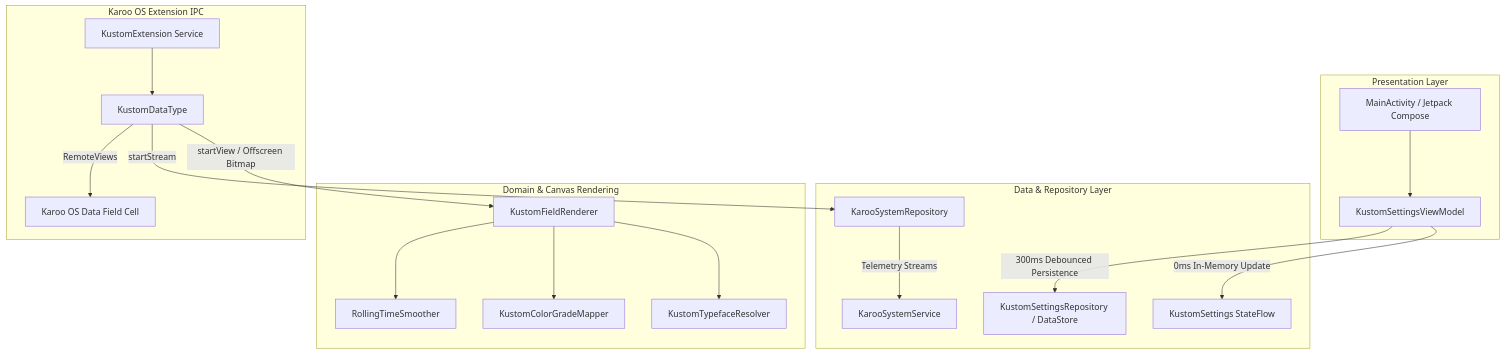
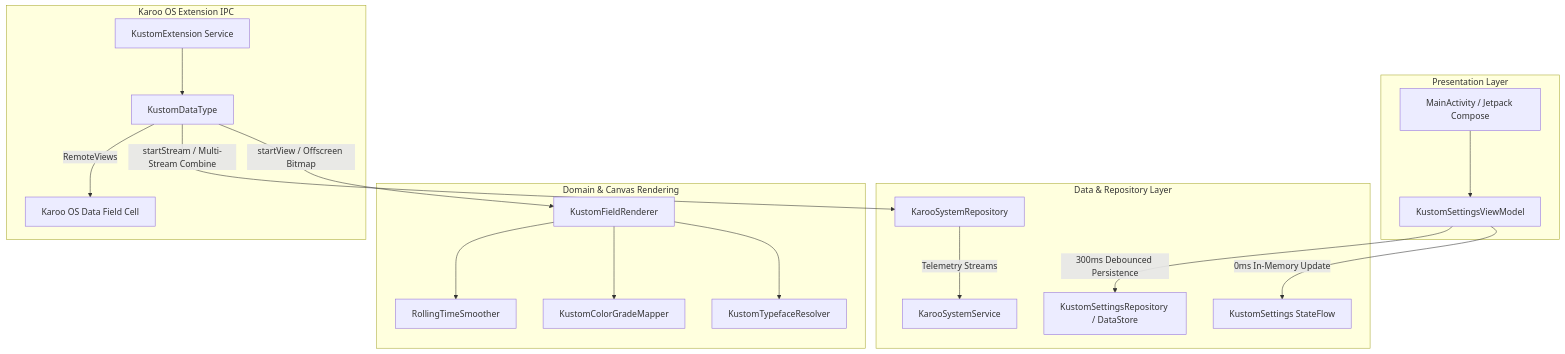
One commit to jdhankins/Kustom changed the first of 2 diagrams in README.md. Above: the diagram before and after it, drawn with Mermaid. The commit also changed other lines of this file and 1 other file, not shown here.

First line of the commit message:
docs: Update README.md with 3-in-1 multi-stream telemetry architecture and add KDoc comments

````diff
--- a/README.md
+++ b/README.md
@@ -47,25 +48,25 @@
 ```mermaid
 graph TD
     subgraph UI ["Presentation Layer"]
         A[MainActivity / Jetpack Compose] --> B[KustomSettingsViewModel]
     end
 
     subgraph Data ["Data & Repository Layer"]
         B -->|0ms In-Memory Update| C[KustomSettings StateFlow]
         B -->|300ms Debounced Persistence| D[KustomSettingsRepository / DataStore]
         E[KarooSystemRepository] -->|Telemetry Streams| F[KarooSystemService]
     end
 
     subgraph Domain ["Domain & Canvas Rendering"]
         G[KustomFieldRenderer] --> H[KustomTypefaceResolver]
         G --> I[KustomColorGradeMapper]
         G --> J[RollingTimeSmoother]
     end
 
     subgraph Extension ["Karoo OS Extension IPC"]
         K[KustomExtension Service] --> L[KustomDataType]
         L -->|startView / Offscreen Bitmap| G
-        L -->|startStream| E
+        L -->|startStream / Multi-Stream Combine| E
         L -->|RemoteViews| M[Karoo OS Data Field Cell]
     end
 ```
````
